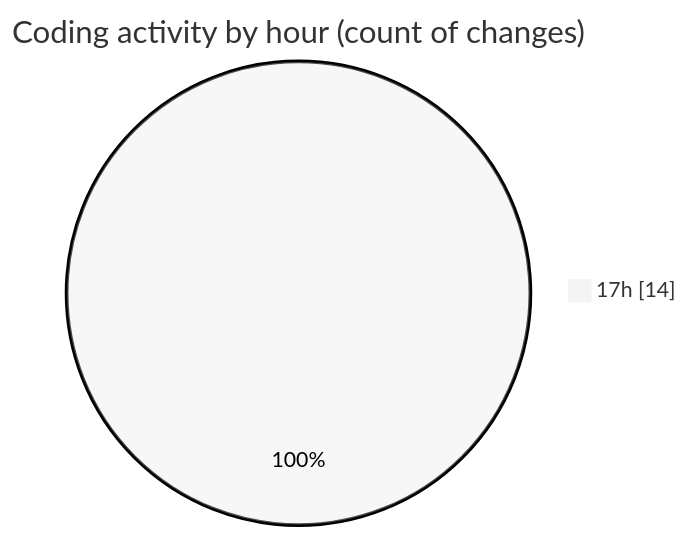
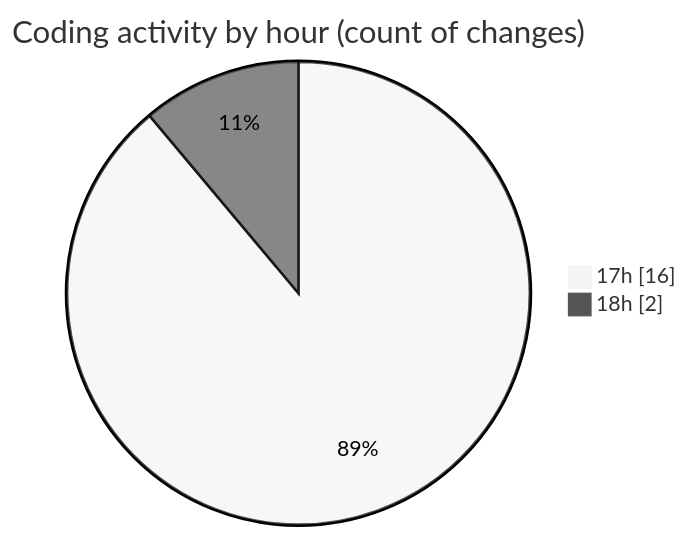
Before and after one commit to robertbonfada/code-tracking: the second of 2 diagrams in 2025-02-28/audiobooks-web/README.md, drawn with Mermaid (neutral theme). The commit also changed other lines of this file and 1 other file, not shown here.

````diff
--- a/2025-02-28/audiobooks-web/README.md
+++ b/2025-02-28/audiobooks-web/README.md
@@ -35,5 +35,6 @@
 ```mermaid
 pie showData
 title Coding activity by hour (count of changes)
-"17h" : 14
+"17h" : 16
+"18h" : 2
 ```
````
